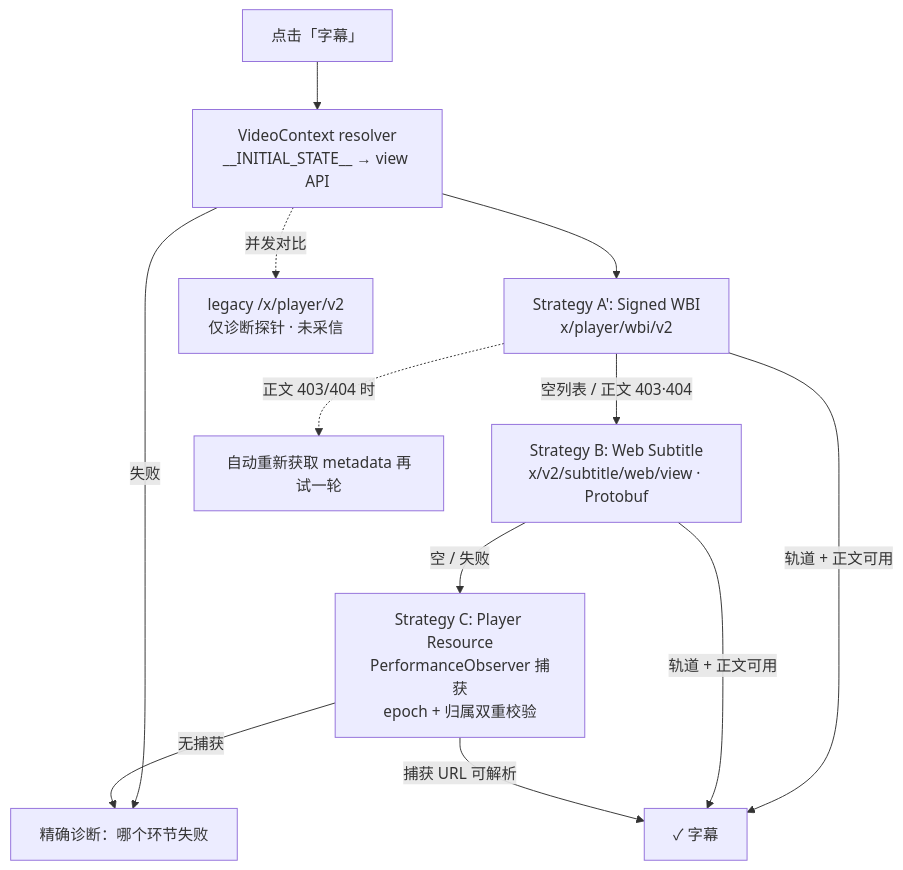
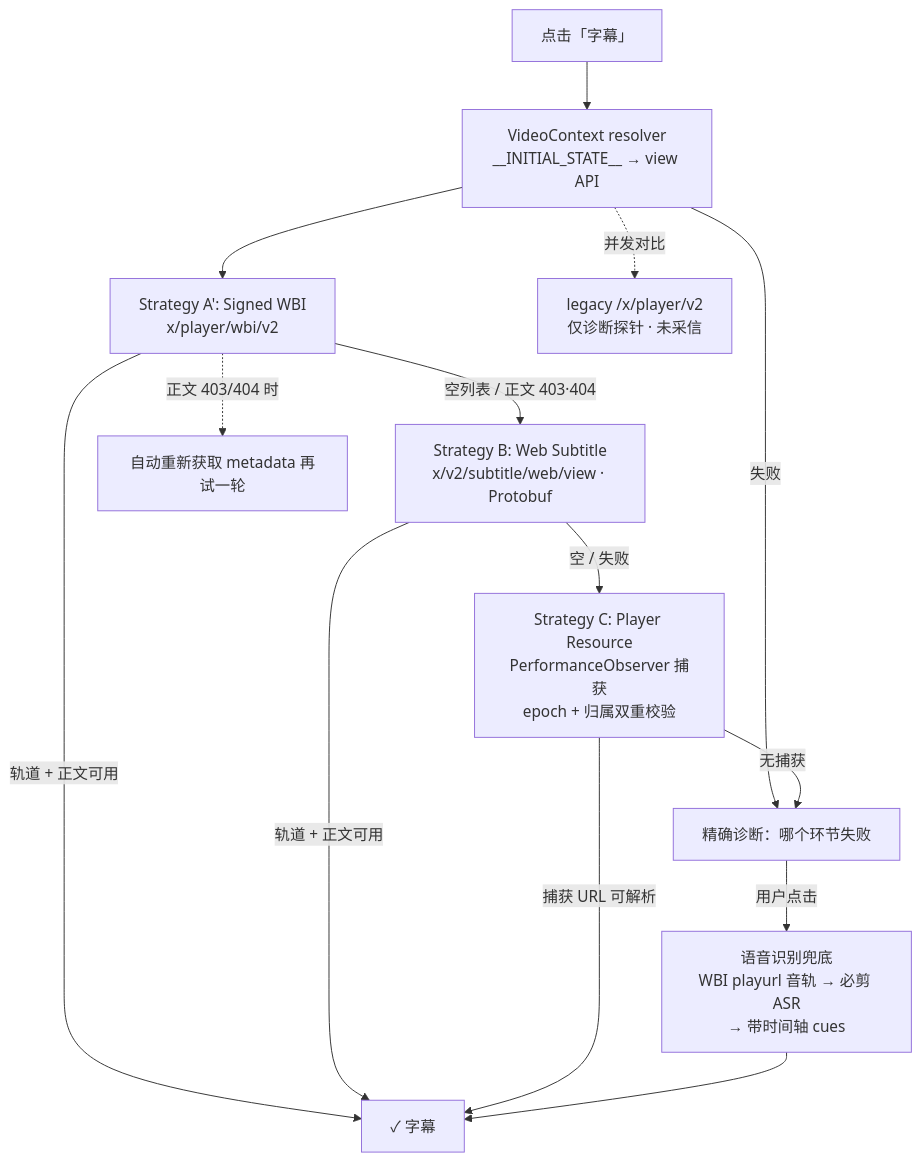
One commit to ymt200120/bili-subtitle changed the diagram in README.md. Above: the diagram before and after it, drawn with Mermaid. The commit also changed other lines of this file and 18 other files, not shown here.

````diff
--- a/README.md
+++ b/README.md
@@ -64,15 +67,17 @@
 ```mermaid
 flowchart TD
     A[点击「字幕」] --> B[VideoContext resolver<br/>__INITIAL_STATE__ → view API]
     B -->|失败| Z[精确诊断：哪个环节失败]
     B --> A1[Strategy A': Signed WBI<br/>x/player/wbi/v2]
     A1 -->|轨道 + 正文可用| OK[✓ 字幕]
     A1 -->|空列表 / 正文 403·404| D[Strategy B: Web Subtitle<br/>x/v2/subtitle/web/view · Protobuf]
     D -->|轨道 + 正文可用| OK
     D -->|空 / 失败| E[Strategy C: Player Resource<br/>PerformanceObserver 捕获<br/>epoch + 归属双重校验]
     E -->|捕获 URL 可解析| OK
     E -->|无捕获| Z
+    Z -->|用户点击| ASR[语音识别兜底<br/>WBI playurl 音轨 → 必剪 ASR<br/>→ 带时间轴 cues]
+    ASR --> OK
     A1 -.正文 403/404 时.-> A2[自动重新获取 metadata 再试一轮]
     L[legacy /x/player/v2<br/>仅诊断探针 · 未采信]
     B -.并发对比.-> L
 ```
````
